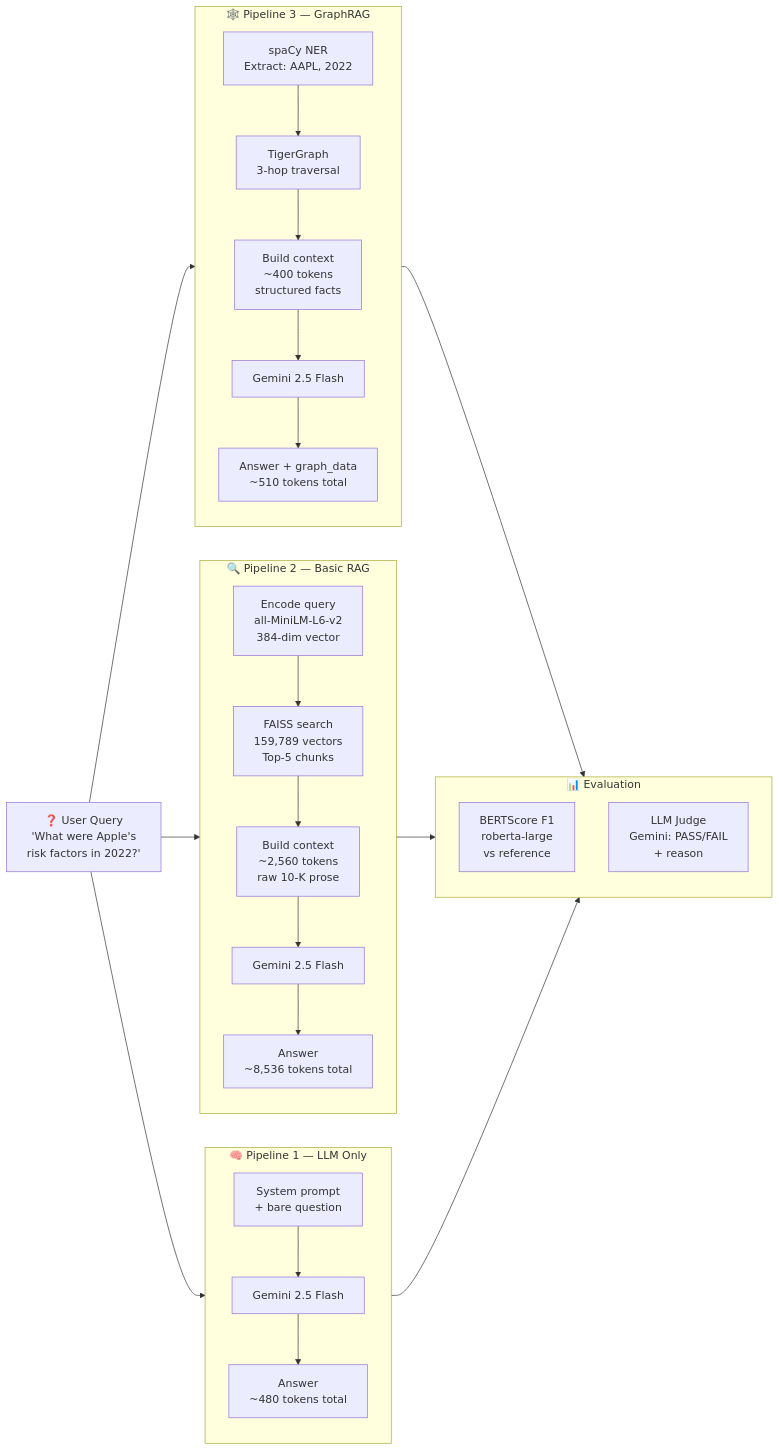
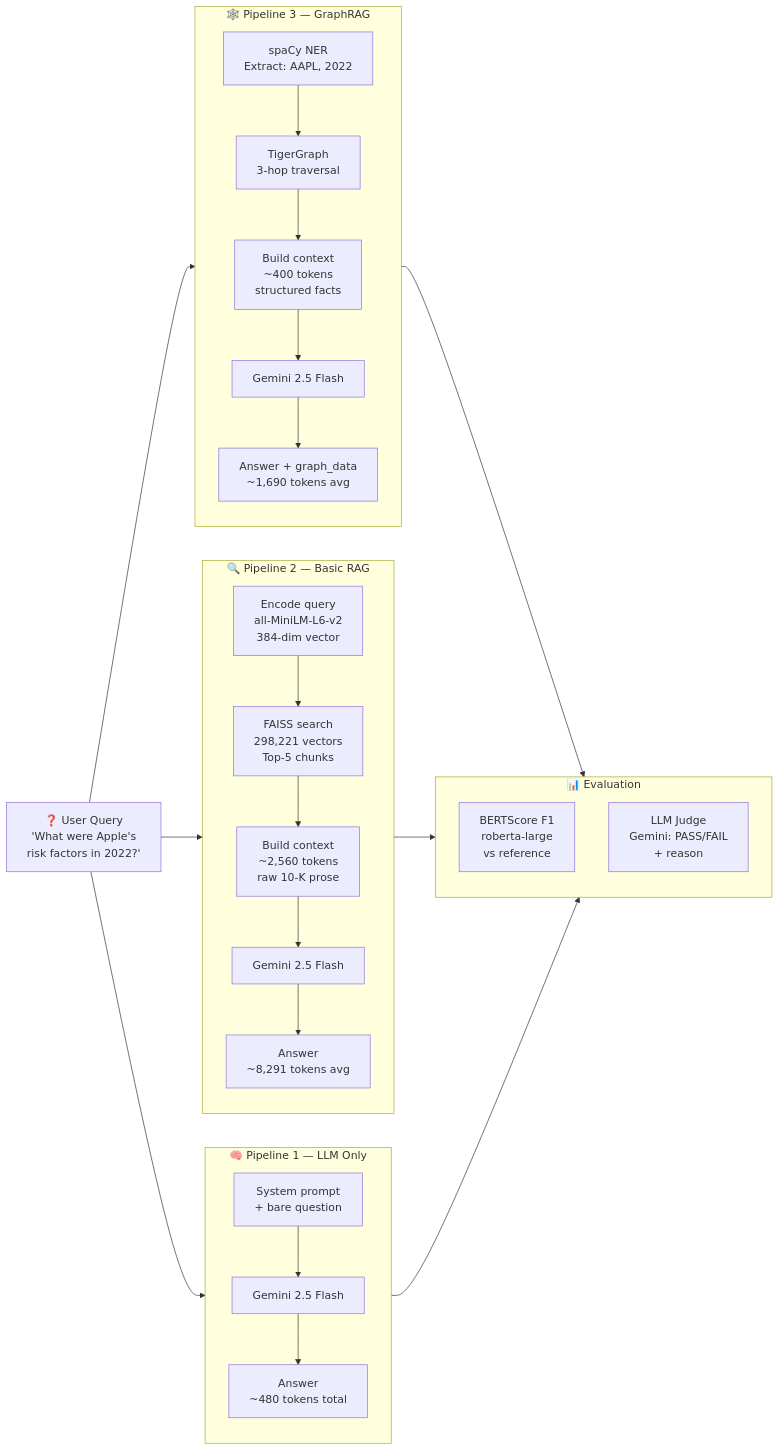
Before and after one commit to AayushG10/graprag-evaluation-piplines: the second of 16 diagrams in architecture.md, drawn with Mermaid. The commit also changed other lines of this file and 14 other files, not shown here.

````diff
--- a/architecture.md
+++ b/architecture.md
@@ -84,41 +84,41 @@
 ```mermaid
 flowchart LR
     Q["❓ User Query\n'What were Apple's\nrisk factors in 2022?'"]
 
     subgraph P1["🧠 Pipeline 1 — LLM Only"]
         direction TB
         S1["System prompt\n+ bare question"]
         G1["Gemini 2.5 Flash"]
         O1["Answer\n~480 tokens total"]
         S1 --> G1 --> O1
     end
 
     subgraph P2["🔍 Pipeline 2 — Basic RAG"]
         direction TB
         E2["Encode query\nall-MiniLM-L6-v2\n384-dim vector"]
-        F2["FAISS search\n159,789 vectors\nTop-5 chunks"]
+        F2["FAISS search\n298,221 vectors\nTop-5 chunks"]
         C2["Build context\n~2,560 tokens\nraw 10-K prose"]
         G2["Gemini 2.5 Flash"]
-        O2["Answer\n~8,536 tokens total"]
+        O2["Answer\n~8,291 tokens avg"]
         E2 --> F2 --> C2 --> G2 --> O2
     end
 
     subgraph P3["🕸️ Pipeline 3 — GraphRAG"]
         direction TB
         NER["spaCy NER\nExtract: AAPL, 2022"]
         HOP["TigerGraph\n3-hop traversal"]
         CTX["Build context\n~400 tokens\nstructured facts"]
         G3["Gemini 2.5 Flash"]
-        O3["Answer + graph_data\n~510 tokens total"]
+        O3["Answer + graph_data\n~1,690 tokens avg"]
         NER --> HOP --> CTX --> G3 --> O3
     end
 
     Q --> P1 & P2 & P3
 
     subgraph EVAL["📊 Evaluation"]
         BS["BERTScore F1\nroberta-large\nvs reference"]
         JG["LLM Judge\nGemini: PASS/FAIL\n+ reason"]
     end
 
     O1 & O2 & O3 --> EVAL
 ```
````
